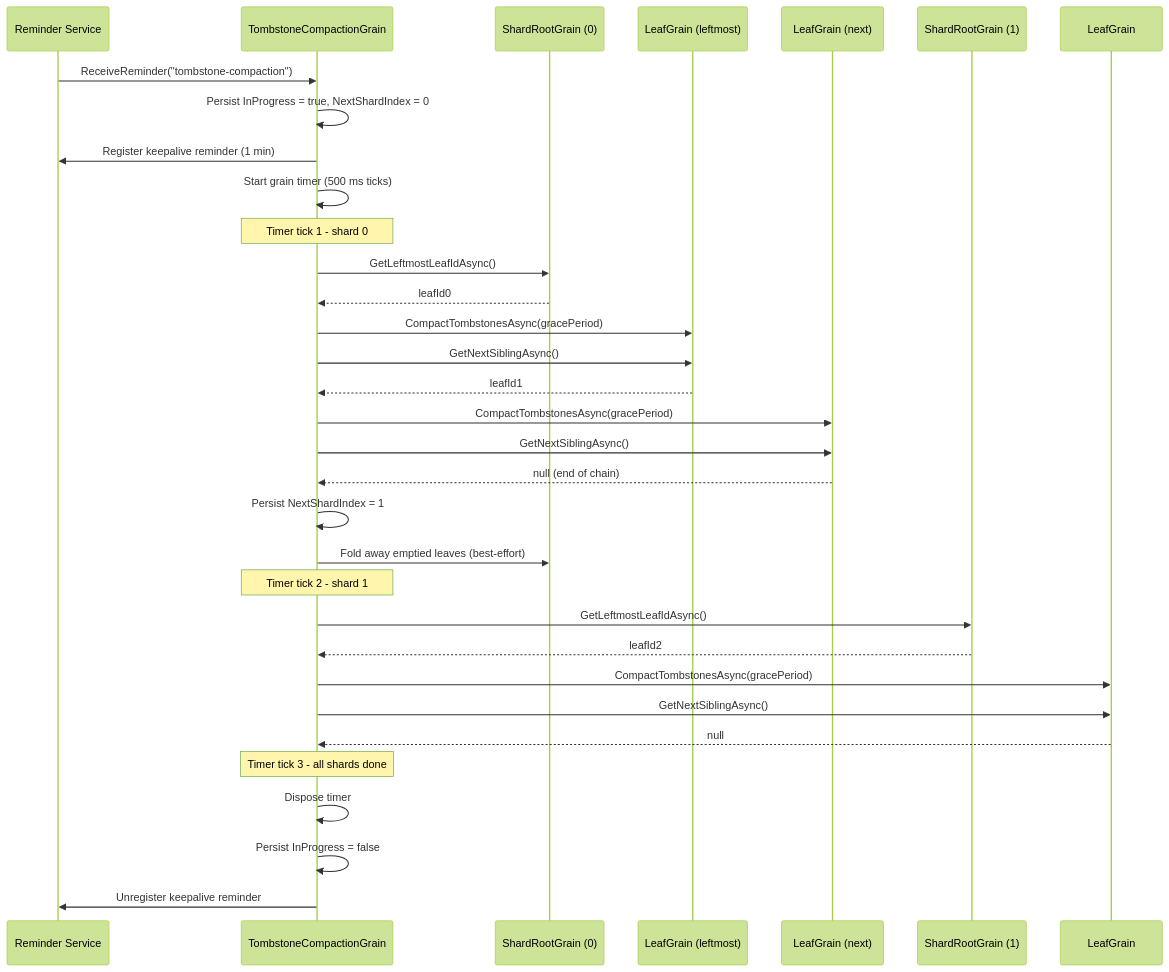
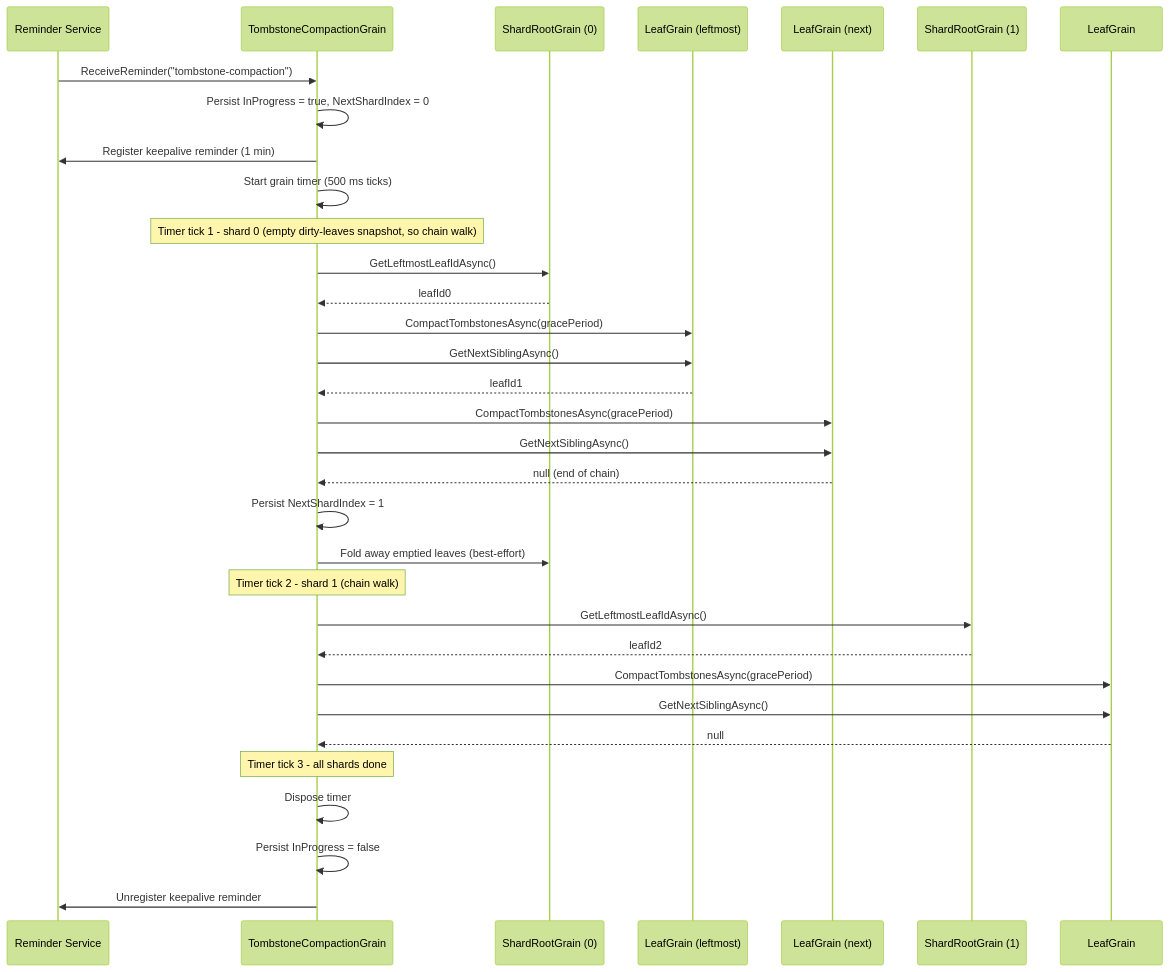
One commit to NSTA1/Orleans.Lattice changed the diagram in docs/lattice/tombstone-compaction.md. Above: the diagram before and after it, drawn with Mermaid (forest theme). The commit also changed other lines of this file and 514 other files, not shown here.

````diff
--- a/docs/lattice/tombstone-compaction.md
+++ b/docs/lattice/tombstone-compaction.md
@@ -28,39 +28,39 @@
 ```mermaid
 sequenceDiagram
     participant R as Reminder Service
     participant C as TombstoneCompactionGrain
     participant S0 as ShardRootGrain (0)
     participant L0 as LeafGrain (leftmost)
     participant L1 as LeafGrain (next)
     participant S1 as ShardRootGrain (1)
     participant L2 as LeafGrain
 
     R->>C: ReceiveReminder("tombstone-compaction")
     C->>C: Persist InProgress = true, NextShardIndex = 0
     C->>R: Register keepalive reminder (1 min)
     C->>C: Start grain timer (500 ms ticks)
 
-    Note over C: Timer tick 1 - shard 0
+    Note over C: Timer tick 1 - shard 0 (empty dirty-leaves snapshot, so chain walk)
     C->>S0: GetLeftmostLeafIdAsync()
     S0-->>C: leafId0
     C->>L0: CompactTombstonesAsync(gracePeriod)
     C->>L0: GetNextSiblingAsync()
     L0-->>C: leafId1
     C->>L1: CompactTombstonesAsync(gracePeriod)
     C->>L1: GetNextSiblingAsync()
     L1-->>C: null (end of chain)
     C->>C: Persist NextShardIndex = 1
     C->>S0: Fold away emptied leaves (best-effort)
 
-    Note over C: Timer tick 2 - shard 1
+    Note over C: Timer tick 2 - shard 1 (chain walk)
     C->>S1: GetLeftmostLeafIdAsync()
     S1-->>C: leafId2
     C->>L2: CompactTombstonesAsync(gracePeriod)
     C->>L2: GetNextSiblingAsync()
     L2-->>C: null
 
     Note over C: Timer tick 3 - all shards done
     C->>C: Dispose timer
     C->>C: Persist InProgress = false
     C->>R: Unregister keepalive reminder
 ```
````
